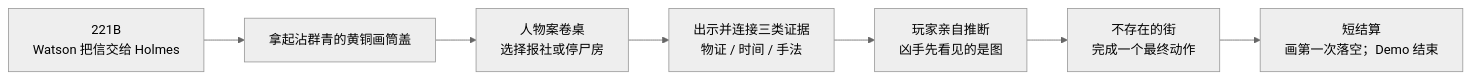
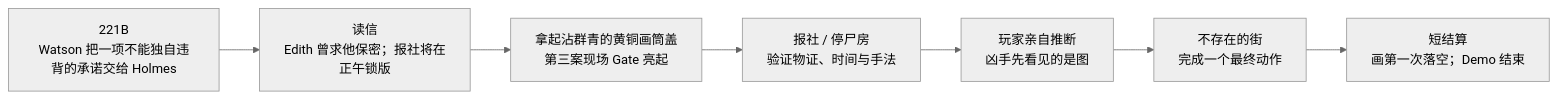
One commit to LudicDynamics/hackathon changed the fourth of 7 diagrams in docs/doc-24-五世界可玩Demo体验设计.md. Above: the diagram before and after it, drawn with Mermaid (neutral theme). The commit also changed other lines of this file, not shown here.

````diff
--- a/docs/doc-24-五世界可玩Demo体验设计.md
+++ b/docs/doc-24-五世界可玩Demo体验设计.md
@@ -151,9 +151,9 @@
 ```mermaid
 flowchart LR
-    A["221B<br/>Watson 把信交给 Holmes"] --> B["拿起沾群青的黄铜画筒盖"]
-    B --> C["人物案卷桌<br/>选择报社或停尸房"]
-    C --> D["出示并连接三类证据<br/>物证 / 时间 / 手法"]
+    A["221B<br/>Watson 把一项不能独自违背的承诺交给 Holmes"] --> B["读信<br/>Edith 曾求他保密；报社将在正午锁版"]
+    B --> C["拿起沾群青的黄铜画筒盖<br/>第三案现场 Gate 亮起"]
+    C --> D["报社 / 停尸房<br/>验证物证、时间与手法"]
     D --> E["玩家亲自推断<br/>凶手先看见的是图"]
     E --> F["不存在的街<br/>完成一个最终动作"]
     F --> G["短结算<br/>画第一次落空；Demo 结束"]
 ```
````
